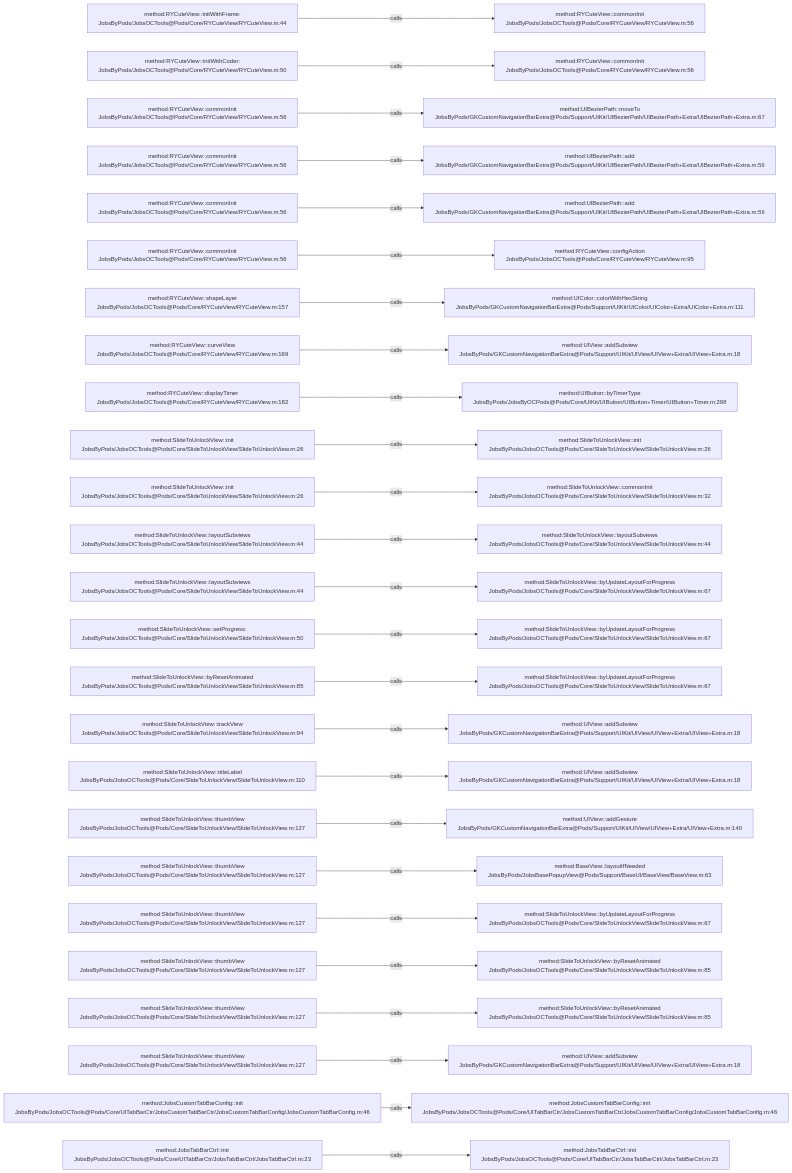
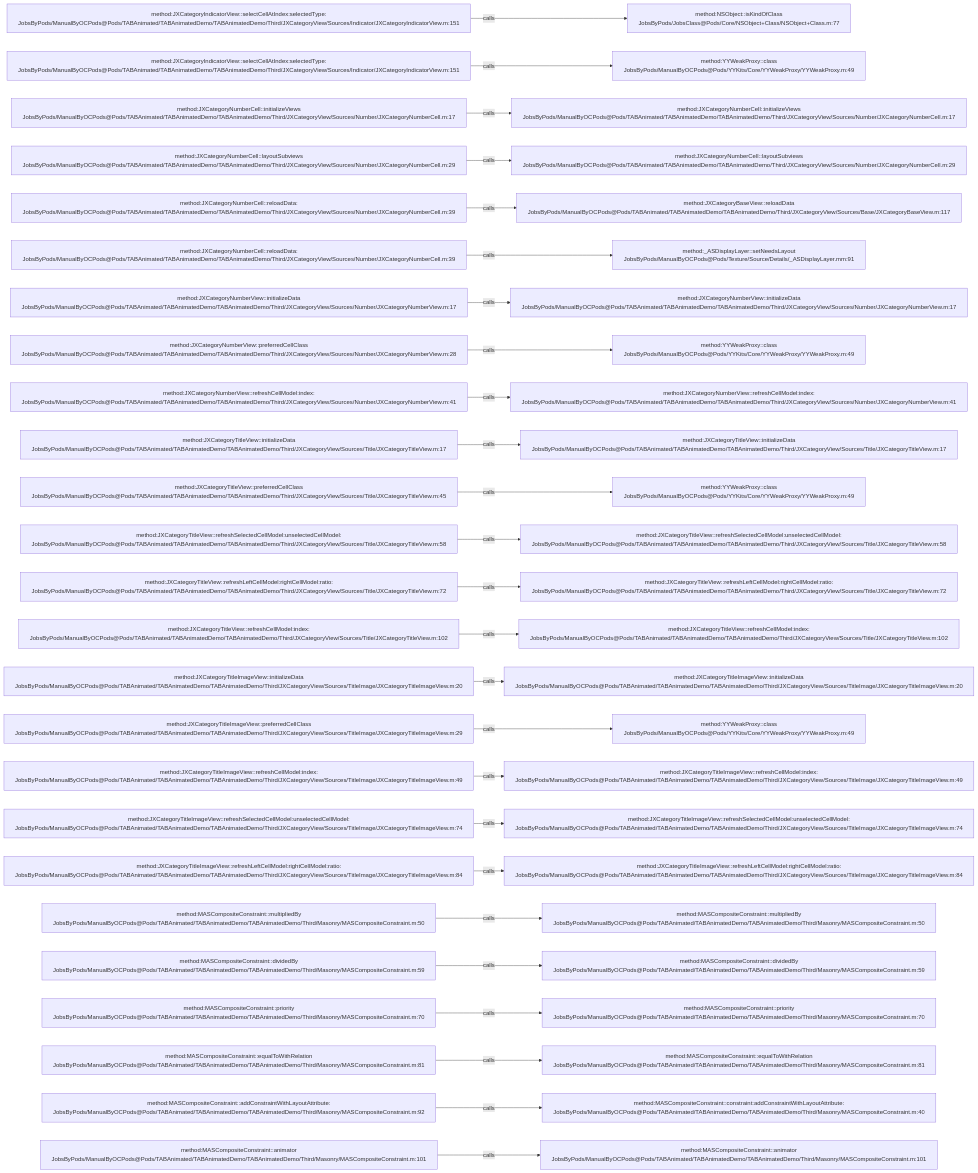
Before and after one commit to JobsKits/JobsOCBaseConfigDemo: the diagram in .codegraph/codegraph.md/graphs/calls-149.md, drawn with Mermaid. The commit also changed 573 other files, not shown here.

````diff
--- a/.codegraph/codegraph.md/graphs/calls-149.md
+++ b/.codegraph/codegraph.md/graphs/calls-149.md
@@ -13,78 +13,78 @@
 ```mermaid
 flowchart LR
-  S1["method:RYCuteView::initWithFrame:<br/>JobsByPods/JobsOCTools@Pods/Core/RYCuteView/RYCuteView.m:44"]
-  T1["method:RYCuteView::commonInit<br/>JobsByPods/JobsOCTools@Pods/Core/RYCuteView/RYCuteView.m:56"]
+  S1["method:JXCategoryIndicatorView::selectCellAtIndex:selectedType:<br/>JobsByPods/ManualByOCPods@Pods/TABAnimated/TABAnimatedDemo/TABAnimatedDemo/Third/JXCategoryView/Sources/Indicator/JXCategoryIndicatorView.m:151"]
+  T1["method:NSObject::isKindOfClass<br/>JobsByPods/JobsClass@Pods/Core/NSObject+Class/NSObject+Class.m:77"]
   S1 -->|calls| T1
-  S2["method:RYCuteView::initWithCoder:<br/>JobsByPods/JobsOCTools@Pods/Core/RYCuteView/RYCuteView.m:50"]
-  T2["method:RYCuteView::commonInit<br/>JobsByPods/JobsOCTools@Pods/Core/RYCuteView/RYCuteView.m:56"]
+  S2["method:JXCategoryIndicatorView::selectCellAtIndex:selectedType:<br/>JobsByPods/ManualByOCPods@Pods/TABAnimated/TABAnimatedDemo/TABAnimatedDemo/Third/JXCategoryView/Sources/Indicator/JXCategoryIndicatorView.m:151"]
+  T2["method:YYWeakProxy::class<br/>JobsByPods/ManualByOCPods@Pods/YYKits/Core/YYWeakProxy/YYWeakProxy.m:49"]
   S2 -->|calls| T2
-  S3["method:RYCuteView::commonInit<br/>JobsByPods/JobsOCTools@Pods/Core/RYCuteView/RYCuteView.m:56"]
-  T3["method:UIBezierPath::moveTo<br/>JobsByPods/GKCustomNavigationBarExtra@Pods/Support/UIKit/UIBezierPath/UIBezierPath+Extra/UIBezierPath+Extra.m:67"]
+  S3["method:JXCategoryNumberCell::initializeViews<br/>JobsByPods/ManualByOCPods@Pods/TABAnimated/TABAnimatedDemo/TABAnimatedDemo/Third/JXCategoryView/Sources/Number/JXCategoryNumberCell.m:17"]
+  T3["method:JXCategoryNumberCell::initializeViews<br/>JobsByPods/ManualByOCPods@Pods/TABAnimated/TABAnimatedDemo/TABAnimatedDemo/Third/JXCategoryView/Sources/Number/JXCategoryNumberCell.m:17"]
   S3 -->|calls| T3
-  S4["method:RYCuteView::commonInit<br/>JobsByPods/JobsOCTools@Pods/Core/RYCuteView/RYCuteView.m:56"]
-  T4["method:UIBezierPath::add<br/>JobsByPods/GKCustomNavigationBarExtra@Pods/Support/UIKit/UIBezierPath/UIBezierPath+Extra/UIBezierPath+Extra.m:59"]
+  S4["method:JXCategoryNumberCell::layoutSubviews<br/>JobsByPods/ManualByOCPods@Pods/TABAnimated/TABAnimatedDemo/TABAnimatedDemo/Third/JXCategoryView/Sources/Number/JXCategoryNumberCell.m:29"]
+  T4["method:JXCategoryNumberCell::layoutSubviews<br/>JobsByPods/ManualByOCPods@Pods/TABAnimated/TABAnimatedDemo/TABAnimatedDemo/Third/JXCategoryView/Sources/Number/JXCategoryNumberCell.m:29"]
   S4 -->|calls| T4
-  S5["method:RYCuteView::commonInit<br/>JobsByPods/JobsOCTools@Pods/Core/RYCuteView/RYCuteView.m:56"]
-  T5["method:UIBezierPath::add<br/>JobsByPods/GKCustomNavigationBarExtra@Pods/Support/UIKit/UIBezierPath/UIBezierPath+Extra/UIBezierPath+Extra.m:59"]
+  S5["method:JXCategoryNumberCell::reloadData:<br/>JobsByPods/ManualByOCPods@Pods/TABAnimated/TABAnimatedDemo/TABAnimatedDemo/Third/JXCategoryView/Sources/Number/JXCategoryNumberCell.m:39"]
+  T5["method:JXCategoryBaseView::reloadData<br/>JobsByPods/ManualByOCPods@Pods/TABAnimated/TABAnimatedDemo/TABAnimatedDemo/Third/JXCategoryView/Sources/Base/JXCategoryBaseView.m:117"]
   S5 -->|calls| T5
-  S6["method:RYCuteView::commonInit<br/>JobsByPods/JobsOCTools@Pods/Core/RYCuteView/RYCuteView.m:56"]
-  T6["method:RYCuteView::configAction<br/>JobsByPods/JobsOCTools@Pods/Core/RYCuteView/RYCuteView.m:95"]
+  S6["method:JXCategoryNumberCell::reloadData:<br/>JobsByPods/ManualByOCPods@Pods/TABAnimated/TABAnimatedDemo/TABAnimatedDemo/Third/JXCategoryView/Sources/Number/JXCategoryNumberCell.m:39"]
+  T6["method:_ASDisplayLayer::setNeedsLayout<br/>JobsByPods/ManualByOCPods@Pods/Texture/Source/Details/_ASDisplayLayer.mm:91"]
   S6 -->|calls| T6
-  S7["method:RYCuteView::shapeLayer<br/>JobsByPods/JobsOCTools@Pods/Core/RYCuteView/RYCuteView.m:157"]
-  T7["method:UIColor::colorWithHexString<br/>JobsByPods/GKCustomNavigationBarExtra@Pods/Support/UIKit/UIColor/UIColor+Extra/UIColor+Extra.m:111"]
+  S7["method:JXCategoryNumberView::initializeData<br/>JobsByPods/ManualByOCPods@Pods/TABAnimated/TABAnimatedDemo/TABAnimatedDemo/Third/JXCategoryView/Sources/Number/JXCategoryNumberView.m:17"]
+  T7["method:JXCategoryNumberView::initializeData<br/>JobsByPods/ManualByOCPods@Pods/TABAnimated/TABAnimatedDemo/TABAnimatedDemo/Third/JXCategoryView/Sources/Number/JXCategoryNumberView.m:17"]
   S7 -->|calls| T7
-  S8["method:RYCuteView::curveView<br/>JobsByPods/JobsOCTools@Pods/Core/RYCuteView/RYCuteView.m:169"]
-  T8["method:UIView::addSubview<br/>JobsByPods/GKCustomNavigationBarExtra@Pods/Support/UIKit/UIView/UIView+Extra/UIView+Extra.m:18"]
+  S8["method:JXCategoryNumberView::preferredCellClass<br/>JobsByPods/ManualByOCPods@Pods/TABAnimated/TABAnimatedDemo/TABAnimatedDemo/Third/JXCategoryView/Sources/Number/JXCategoryNumberView.m:28"]
+  T8["method:YYWeakProxy::class<br/>JobsByPods/ManualByOCPods@Pods/YYKits/Core/YYWeakProxy/YYWeakProxy.m:49"]
   S8 -->|calls| T8
-  S9["method:RYCuteView::displayTimer<br/>JobsByPods/JobsOCTools@Pods/Core/RYCuteView/RYCuteView.m:182"]
-  T9["method:UIButton::byTimerType<br/>JobsByPods/JobsByOCPods@Pods/Core/UIKit/UIButton/UIButton+Timer/UIButton+Timer.m:298"]
+  S9["method:JXCategoryNumberView::refreshCellModel:index:<br/>JobsByPods/ManualByOCPods@Pods/TABAnimated/TABAnimatedDemo/TABAnimatedDemo/Third/JXCategoryView/Sources/Number/JXCategoryNumberView.m:41"]
+  T9["method:JXCategoryNumberView::refreshCellModel:index:<br/>JobsByPods/ManualByOCPods@Pods/TABAnimated/TABAnimatedDemo/TABAnimatedDemo/Third/JXCategoryView/Sources/Number/JXCategoryNumberView.m:41"]
   S9 -->|calls| T9
-  S10["method:SlideToUnlockView::init<br/>JobsByPods/JobsOCTools@Pods/Core/SlideToUnlockView/SlideToUnlockView.m:26"]
-  T10["method:SlideToUnlockView::init<br/>JobsByPods/JobsOCTools@Pods/Core/SlideToUnlockView/SlideToUnlockView.m:26"]
+  S10["method:JXCategoryTitleView::initializeData<br/>JobsByPods/ManualByOCPods@Pods/TABAnimated/TABAnimatedDemo/TABAnimatedDemo/Third/JXCategoryView/Sources/Title/JXCategoryTitleView.m:17"]
+  T10["method:JXCategoryTitleView::initializeData<br/>JobsByPods/ManualByOCPods@Pods/TABAnimated/TABAnimatedDemo/TABAnimatedDemo/Third/JXCategoryView/Sources/Title/JXCategoryTitleView.m:17"]
   S10 -->|calls| T10
-  S11["method:SlideToUnlockView::init<br/>JobsByPods/JobsOCTools@Pods/Core/SlideToUnlockView/SlideToUnlockView.m:26"]
-  T11["method:SlideToUnlockView::commonInit<br/>JobsByPods/JobsOCTools@Pods/Core/SlideToUnlockView/SlideToUnlockView.m:32"]
+  S11["method:JXCategoryTitleView::preferredCellClass<br/>JobsByPods/ManualByOCPods@Pods/TABAnimated/TABAnimatedDemo/TABAnimatedDemo/Third/JXCategoryView/Sources/Title/JXCategoryTitleView.m:45"]
+  T11["method:YYWeakProxy::class<br/>JobsByPods/ManualByOCPods@Pods/YYKits/Core/YYWeakProxy/YYWeakProxy.m:49"]
   S11 -->|calls| T11
-  S12["method:SlideToUnlockView::layoutSubviews<br/>JobsByPods/JobsOCTools@Pods/Core/SlideToUnlockView/SlideToUnlockView.m:44"]
-  T12["method:SlideToUnlockView::layoutSubviews<br/>JobsByPods/JobsOCTools@Pods/Core/SlideToUnlockView/SlideToUnlockView.m:44"]
+  S12["method:JXCategoryTitleView::refreshSelectedCellModel:unselectedCellModel:<br/>JobsByPods/ManualByOCPods@Pods/TABAnimated/TABAnimatedDemo/TABAnimatedDemo/Third/JXCategoryView/Sources/Title/JXCategoryTitleView.m:58"]
+  T12["method:JXCategoryTitleView::refreshSelectedCellModel:unselectedCellModel:<br/>JobsByPods/ManualByOCPods@Pods/TABAnimated/TABAnimatedDemo/TABAnimatedDemo/Third/JXCategoryView/Sources/Title/JXCategoryTitleView.m:58"]
   S12 -->|calls| T12
-  S13["method:SlideToUnlockView::layoutSubviews<br/>JobsByPods/JobsOCTools@Pods/Core/SlideToUnlockView/SlideToUnlockView.m:44"]
-  T13["method:SlideToUnlockView::byUpdateLayoutForProgress<br/>JobsByPods/JobsOCTools@Pods/Core/SlideToUnlockView/SlideToUnlockView.m:67"]
+  S13["method:JXCategoryTitleView::refreshLeftCellModel:rightCellModel:ratio:<br/>JobsByPods/ManualByOCPods@Pods/TABAnimated/TABAnimatedDemo/TABAnimatedDemo/Third/JXCategoryView/Sources/Title/JXCategoryTitleView.m:72"]
+  T13["method:JXCategoryTitleView::refreshLeftCellModel:rightCellModel:ratio:<br/>JobsByPods/ManualByOCPods@Pods/TABAnimated/TABAnimatedDemo/TABAnimatedDemo/Third/JXCategoryView/Sources/Title/JXCategoryTitleView.m:72"]
   S13 -->|calls| T13
-  S14["method:SlideToUnlockView::setProgress:<br/>JobsByPods/JobsOCTools@Pods/Core/SlideToUnlockView/SlideToUnlockView.m:50"]
-  T14["method:SlideToUnlockView::byUpdateLayoutForProgress<br/>JobsByPods/JobsOCTools@Pods/Core/SlideToUnlockView/SlideToUnlockView.m:67"]
+  S14["method:JXCategoryTitleView::refreshCellModel:index:<br/>JobsByPods/ManualByOCPods@Pods/TABAnimated/TABAnimatedDemo/TABAnimatedDemo/Third/JXCategoryView/Sources/Title/JXCategoryTitleView.m:102"]
+  T14["method:JXCategoryTitleView::refreshCellModel:index:<br/>JobsByPods/ManualByOCPods@Pods/TABAnimated/TABAnimatedDemo/TABAnimatedDemo/Third/JXCategoryView/Sources/Title/JXCategoryTitleView.m:102"]
   S14 -->|calls| T14
-  S15["method:SlideToUnlockView::byResetAnimated<br/>JobsByPods/JobsOCTools@Pods/Core/SlideToUnlockView/SlideToUnlockView.m:85"]
-  T15["method:SlideToUnlockView::byUpdateLayoutForProgress<br/>JobsByPods/JobsOCTools@Pods/Core/SlideToUnlockView/SlideToUnlockView.m:67"]
+  S15["method:JXCategoryTitleImageView::initializeData<br/>JobsByPods/ManualByOCPods@Pods/TABAnimated/TABAnimatedDemo/TABAnimatedDemo/Third/JXCategoryView/Sources/TitleImage/JXCategoryTitleImageView.m:20"]
+  T15["method:JXCategoryTitleImageView::initializeData<br/>JobsByPods/ManualByOCPods@Pods/TABAnimated/TABAnimatedDemo/TABAnimatedDemo/Third/JXCategoryView/Sources/TitleImage/JXCategoryTitleImageView.m:20"]
   S15 -->|calls| T15
-  S16["method:SlideToUnlockView::trackView<br/>JobsByPods/JobsOCTools@Pods/Core/SlideToUnlockView/SlideToUnlockView.m:94"]
-  T16["method:UIView::addSubview<br/>JobsByPods/GKCustomNavigationBarExtra@Pods/Support/UIKit/UIView/UIView+Extra/UIView+Extra.m:18"]
+  S16["method:JXCategoryTitleImageView::preferredCellClass<br/>JobsByPods/ManualByOCPods@Pods/TABAnimated/TABAnimatedDemo/TABAnimatedDemo/Third/JXCategoryView/Sources/TitleImage/JXCategoryTitleImageView.m:29"]
+  T16["method:YYWeakProxy::class<br/>JobsByPods/ManualByOCPods@Pods/YYKits/Core/YYWeakProxy/YYWeakProxy.m:49"]
   S16 -->|calls| T16
-  S17["method:SlideToUnlockView::titleLabel<br/>JobsByPods/JobsOCTools@Pods/Core/SlideToUnlockView/SlideToUnlockView.m:110"]
-  T17["method:UIView::addSubview<br/>JobsByPods/GKCustomNavigationBarExtra@Pods/Support/UIKit/UIView/UIView+Extra/UIView+Extra.m:18"]
+  S17["method:JXCategoryTitleImageView::refreshCellModel:index:<br/>JobsByPods/ManualByOCPods@Pods/TABAnimated/TABAnimatedDemo/TABAnimatedDemo/Third/JXCategoryView/Sources/TitleImage/JXCategoryTitleImageView.m:49"]
+  T17["method:JXCategoryTitleImageView::refreshCellModel:index:<br/>JobsByPods/ManualByOCPods@Pods/TABAnimated/TABAnimatedDemo/TABAnimatedDemo/Third/JXCategoryView/Sources/TitleImage/JXCategoryTitleImageView.m:49"]
   S17 -->|calls| T17
-  S18["method:SlideToUnlockView::thumbView<br/>JobsByPods/JobsOCTools@Pods/Core/SlideToUnlockView/SlideToUnlockView.m:127"]
-  T18["method:UIView::addGesture<br/>JobsByPods/GKCustomNavigationBarExtra@Pods/Support/UIKit/UIView/UIView+Extra/UIView+Extra.m:140"]
+  S18["method:JXCategoryTitleImageView::refreshSelectedCellModel:unselectedCellModel:<br/>JobsByPods/ManualByOCPods@Pods/TABAnimated/TABAnimatedDemo/TABAnimatedDemo/Third/JXCategoryView/Sources/TitleImage/JXCategoryTitleImageView.m:74"]
+  T18["method:JXCategoryTitleImageView::refreshSelectedCellModel:unselectedCellModel:<br/>JobsByPods/ManualByOCPods@Pods/TABAnimated/TABAnimatedDemo/TABAnimatedDemo/Third/JXCategoryView/Sources/TitleImage/JXCategoryTitleImageView.m:74"]
   S18 -->|calls| T18
-  S19["method:SlideToUnlockView::thumbView<br/>JobsByPods/JobsOCTools@Pods/Core/SlideToUnlockView/SlideToUnlockView.m:127"]
-  T19["method:BaseView::layoutIfNeeded<br/>JobsByPods/JobsBasePopupView@Pods/Support/BaseUI/BaseView/BaseView.m:63"]
+  S19["method:JXCategoryTitleImageView::refreshLeftCellModel:rightCellModel:ratio:<br/>JobsByPods/ManualByOCPods@Pods/TABAnimated/TABAnimatedDemo/TABAnimatedDemo/Third/JXCategoryView/Sources/TitleImage/JXCategoryTitleImageView.m:84"]
+  T19["method:JXCategoryTitleImageView::refreshLeftCellModel:rightCellModel:ratio:<br/>JobsByPods/ManualByOCPods@Pods/TABAnimated/TABAnimatedDemo/TABAnimatedDemo/Third/JXCategoryView/Sources/TitleImage/JXCategoryTitleImageView.m:84"]
   S19 -->|calls| T19
-  S20["method:SlideToUnlockView::thumbView<br/>JobsByPods/JobsOCTools@Pods/Core/SlideToUnlockView/SlideToUnlockView.m:127"]
-  T20["method:SlideToUnlockView::byUpdateLayoutForProgress<br/>JobsByPods/JobsOCTools@Pods/Core/SlideToUnlockView/SlideToUnlockView.m:67"]
+  S20["method:MASCompositeConstraint::multipliedBy<br/>JobsByPods/ManualByOCPods@Pods/TABAnimated/TABAnimatedDemo/TABAnimatedDemo/Third/Masonry/MASCompositeConstraint.m:50"]
+  T20["method:MASCompositeConstraint::multipliedBy<br/>JobsByPods/ManualByOCPods@Pods/TABAnimated/TABAnimatedDemo/TABAnimatedDemo/Third/Masonry/MASCompositeConstraint.m:50"]
   S20 -->|calls| T20
-  S21["method:SlideToUnlockView::thumbView<br/>JobsByPods/JobsOCTools@Pods/Core/SlideToUnlockView/SlideToUnlockView.m:127"]
-  T21["method:SlideToUnlockView::byResetAnimated<br/>JobsByPods/JobsOCTools@Pods/Core/SlideToUnlockView/SlideToUnlockView.m:85"]
+  S21["method:MASCompositeConstraint::dividedBy<br/>JobsByPods/ManualByOCPods@Pods/TABAnimated/TABAnimatedDemo/TABAnimatedDemo/Third/Masonry/MASCompositeConstraint.m:59"]
+  T21["method:MASCompositeConstraint::dividedBy<br/>JobsByPods/ManualByOCPods@Pods/TABAnimated/TABAnimatedDemo/TABAnimatedDemo/Third/Masonry/MASCompositeConstraint.m:59"]
   S21 -->|calls| T21
-  S22["method:SlideToUnlockView::thumbView<br/>JobsByPods/JobsOCTools@Pods/Core/SlideToUnlockView/SlideToUnlockView.m:127"]
-  T22["method:SlideToUnlockView::byResetAnimated<br/>JobsByPods/JobsOCTools@Pods/Core/SlideToUnlockView/SlideToUnlockView.m:85"]
+  S22["method:MASCompositeConstraint::priority<br/>JobsByPods/ManualByOCPods@Pods/TABAnimated/TABAnimatedDemo/TABAnimatedDemo/Third/Masonry/MASCompositeConstraint.m:70"]
+  T22["method:MASCompositeConstraint::priority<br/>JobsByPods/ManualByOCPods@Pods/TABAnimated/TABAnimatedDemo/TABAnimatedDemo/Third/Masonry/MASCompositeConstraint.m:70"]
   S22 -->|calls| T22
-  S23["method:SlideToUnlockView::thumbView<br/>JobsByPods/JobsOCTools@Pods/Core/SlideToUnlockView/SlideToUnlockView.m:127"]
-  T23["method:UIView::addSubview<br/>JobsByPods/GKCustomNavigationBarExtra@Pods/Support/UIKit/UIView/UIView+Extra/UIView+Extra.m:18"]
+  S23["method:MASCompositeConstraint::equalToWithRelation<br/>JobsByPods/ManualByOCPods@Pods/TABAnimated/TABAnimatedDemo/TABAnimatedDemo/Third/Masonry/MASCompositeConstraint.m:81"]
+  T23["method:MASCompositeConstraint::equalToWithRelation<br/>JobsByPods/ManualByOCPods@Pods/TABAnimated/TABAnimatedDemo/TABAnimatedDemo/Third/Masonry/MASCompositeConstraint.m:81"]
   S23 -->|calls| T23
-  S24["method:JobsCustomTabBarConfig::init<br/>JobsByPods/JobsOCTools@Pods/Core/UITabBarCtr/JobsCustomTabBarCtr/JobsCustomTabBarConfig/JobsCustomTabBarConfig.m:46"]
-  T24["method:JobsCustomTabBarConfig::init<br/>JobsByPods/JobsOCTools@Pods/Core/UITabBarCtr/JobsCustomTabBarCtr/JobsCustomTabBarConfig/JobsCustomTabBarConfig.m:46"]
+  S24["method:MASCompositeConstraint::addConstraintWithLayoutAttribute:<br/>JobsByPods/ManualByOCPods@Pods/TABAnimated/TABAnimatedDemo/TABAnimatedDemo/Third/Masonry/MASCompositeConstraint.m:92"]
+  T24["method:MASCompositeConstraint::constraint:addConstraintWithLayoutAttribute:<br/>JobsByPods/ManualByOCPods@Pods/TABAnimated/TABAnimatedDemo/TABAnimatedDemo/Third/Masonry/MASCompositeConstraint.m:40"]
   S24 -->|calls| T24
-  S25["method:JobsTabBarCtrl::init<br/>JobsByPods/JobsOCTools@Pods/Core/UITabBarCtr/JobsTabBarCtrl/JobsTabBarCtrl.m:23"]
-  T25["method:JobsTabBarCtrl::init<br/>JobsByPods/JobsOCTools@Pods/Core/UITabBarCtr/JobsTabBarCtrl/JobsTabBarCtrl.m:23"]
+  S25["method:MASCompositeConstraint::animator<br/>JobsByPods/ManualByOCPods@Pods/TABAnimated/TABAnimatedDemo/TABAnimatedDemo/Third/Masonry/MASCompositeConstraint.m:101"]
+  T25["method:MASCompositeConstraint::animator<br/>JobsByPods/ManualByOCPods@Pods/TABAnimated/TABAnimatedDemo/TABAnimatedDemo/Third/Masonry/MASCompositeConstraint.m:101"]
   S25 -->|calls| T25
 ```
````
